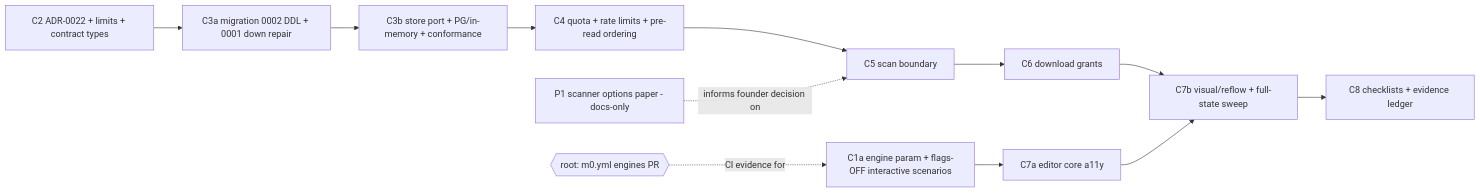
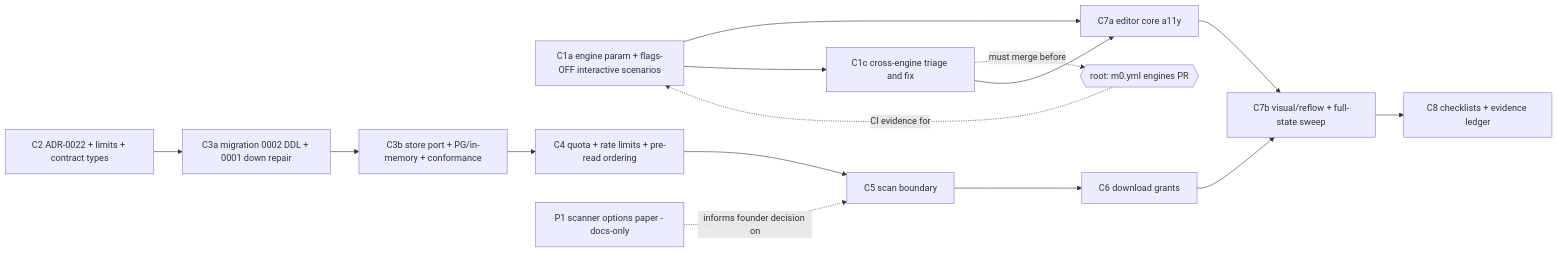
The diagram in docs/implementation/M3-Closure-Plan.md (TheCrimsonMarket/vynvori), drawn with Mermaid before and after one commit. The commit also changed other lines of this file, not shown here.

First line of the commit message:
docs(m3): plan rev 4 - add C1c cross-engine triage and fix

````diff
--- a/docs/implementation/M3-Closure-Plan.md
+++ b/docs/implementation/M3-Closure-Plan.md
@@ -195,14 +195,17 @@
 ```mermaid
 flowchart LR
  C1a[C1a engine param + flags-OFF interactive scenarios] --> C7a
+ C1a --> C1c[C1c cross-engine triage and fix]
+ C1c -.must merge before.-> RR
+ C1c --> C7a
  C2[C2 ADR-0022 + limits + contract types] --> C3a[C3a migration 0002 DDL + 0001 down repair]
  C3a --> C3b[C3b store port + PG/in-memory + conformance]
  C3b --> C4[C4 quota + rate limits + pre-read ordering]
  C4 --> C5[C5 scan boundary]
  C5 --> C6[C6 download grants]
  C6 --> C7b[C7b visual/reflow + full-state sweep]
  C7a[C7a editor core a11y] --> C7b
  C7b --> C8[C8 checklists + evidence ledger]
  RR{{root: m0.yml engines PR}} -.CI evidence for.-> C1a
  P1[P1 scanner options paper - docs-only] -.informs founder decision on.-> C5
 ```
````
